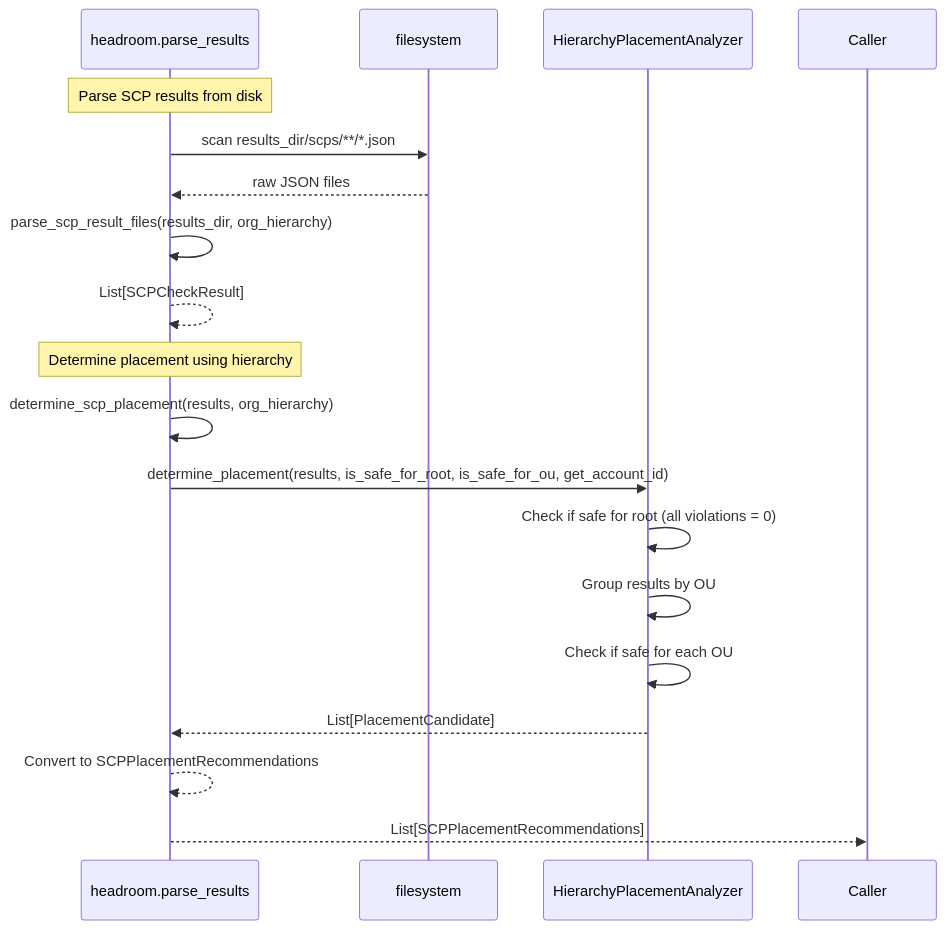
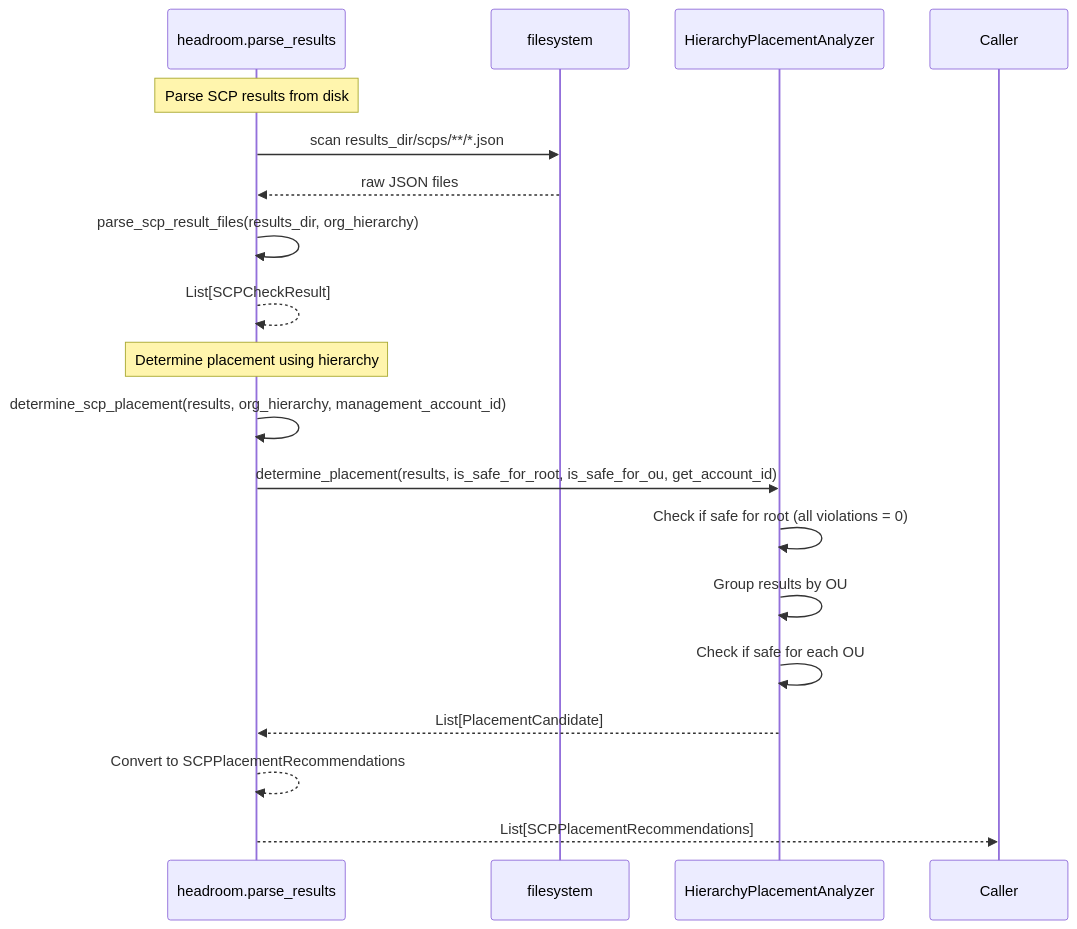
One commit to discocrayon/Headroom changed the third of 4 diagrams in documentation/mermaid_diagrams/sequences.md. Above: the diagram before and after it, drawn with Mermaid. The commit also changed 15 other files, not shown here.

````diff
--- a/documentation/mermaid_diagrams/sequences.md
+++ b/documentation/mermaid_diagrams/sequences.md
@@ -118,22 +118,22 @@
 ```mermaid
 sequenceDiagram
   participant Results as headroom.parse_results
   participant FS as filesystem
   participant Hierarchy as HierarchyPlacementAnalyzer
 
   Note over Results: Parse SCP results from disk
   Results->>FS: scan results_dir/scps/**/*.json
   FS-->>Results: raw JSON files
   Results->>Results: parse_scp_result_files(results_dir, org_hierarchy)
   Results-->>Results: List[SCPCheckResult]
 
   Note over Results: Determine placement using hierarchy
-  Results->>Results: determine_scp_placement(results, org_hierarchy)
+  Results->>Results: determine_scp_placement(results, org_hierarchy, management_account_id)
   Results->>Hierarchy: determine_placement(results, is_safe_for_root, is_safe_for_ou, get_account_id)
   Hierarchy->>Hierarchy: Check if safe for root (all violations = 0)
   Hierarchy->>Hierarchy: Group results by OU
   Hierarchy->>Hierarchy: Check if safe for each OU
   Hierarchy-->>Results: List[PlacementCandidate]
   Results-->>Results: Convert to SCPPlacementRecommendations
   Results-->>Caller: List[SCPPlacementRecommendations]
 ```
````
